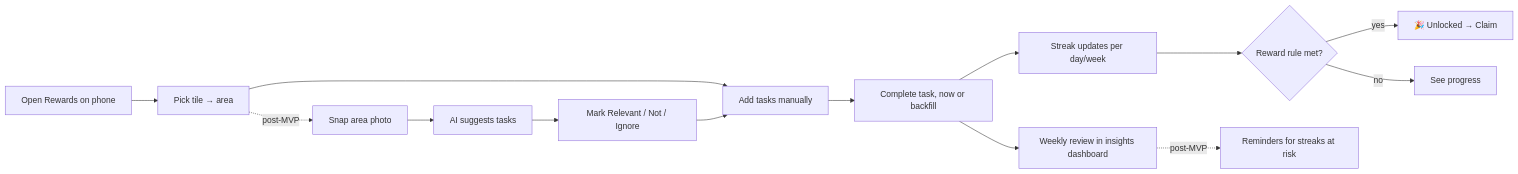
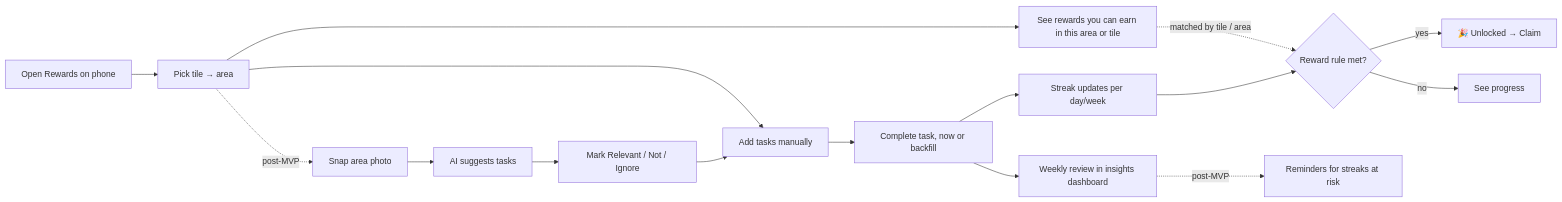
Before and after one commit to mansisce/life-experiences-webpage: the third of 4 diagrams in docs/rewards/HLRD.md, drawn with Mermaid. The commit also changed other lines of this file and 1 other file, not shown here.

First line of the commit message:
Require rewards to share task tiles and areas (HLR-9)

````diff
--- a/docs/rewards/HLRD.md
+++ b/docs/rewards/HLRD.md
@@ -115,13 +116,15 @@
 ```mermaid
 flowchart LR
   A[Open Rewards on phone] --> B[Pick tile → area]
   B --> C[Add tasks manually]
   B -. post-MVP .-> P[Snap area photo] --> Q[AI suggests tasks] --> R[Mark Relevant / Not / Ignore] --> C
   C --> D[Complete task, now or backfill]
+  B --> K[See rewards you can earn in this area or tile]
+  K -. matched by tile / area .-> F
   D --> E[Streak updates per day/week]
   E --> F{Reward rule met?}
   F -- yes --> G[🎉 Unlocked → Claim]
   F -- no --> H[See progress]
   D --> I[Weekly review in insights dashboard]
   I -. post-MVP .-> J[Reminders for streaks at risk]
 ```
````
